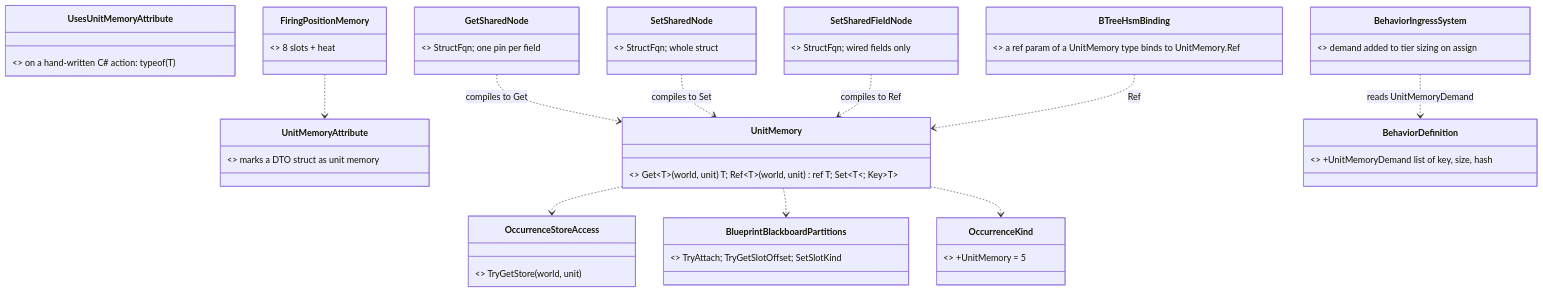
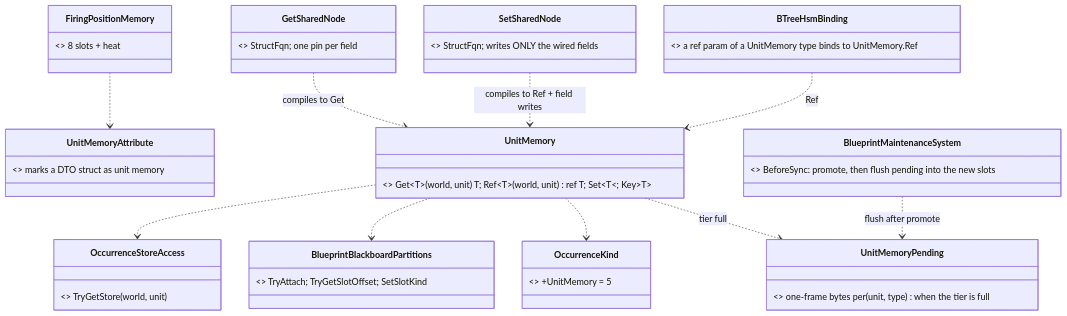
The first of 3 diagrams in docs/blueprints/Architect_Question_87_Unit_Memory.md (pjanec/HROT), drawn with Mermaid before and after one commit. The commit also changed other lines of this file and 2 other files, not shown here.

First line of the commit message:
CE-3137 design: Q87 revised — fully lazy unit memory, two blueprint nodes, why a tier cannot change mid-tick

````diff
--- a/docs/blueprints/Architect_Question_87_Unit_Memory.md
+++ b/docs/blueprints/Architect_Question_87_Unit_Memory.md
@@ -70,25 +77,23 @@
 ```mermaid
 classDiagram
   class UnitMemoryAttribute { <<new, Fbt.Kernel>> marks a DTO struct as unit memory }
-  class UsesUnitMemoryAttribute { <<new, Fbt.Kernel>> on a hand-written C# action: typeof(T) }
   class UnitMemory { <<new, static>> Get~T~(world, unit) T; Ref~T~(world, unit) ref T; Set~T~; Key~T~ }
+  class UnitMemoryPending { <<new>> one-frame bytes per (unit, type) when the tier is full }
+  class BlueprintMaintenanceSystem { <<existing, grows>> BeforeSync: promote, then flush pending into the new slots }
   class OccurrenceKind { <<existing, grows>> +UnitMemory = 5 }
   class BlueprintBlackboardPartitions { <<existing>> TryAttach; TryGetSlotOffset; SetSlotKind }
   class OccurrenceStoreAccess { <<existing>> TryGetStore(world, unit) }
-  class BehaviorDefinition { <<existing, grows>> +UnitMemoryDemand list of key, size, hash }
-  class BehaviorIngressSystem { <<existing, grows>> demand added to tier sizing on assign }
   class GetSharedNode { <<new blueprint node>> StructFqn; one pin per field }
-  class SetSharedNode { <<new blueprint node>> StructFqn; whole struct }
-  class SetSharedFieldNode { <<new blueprint node>> StructFqn; wired fields only }
+  class SetSharedNode { <<new blueprint node>> StructFqn; writes ONLY the wired fields }
   class BTreeHsmBinding { <<existing emitters, grow>> a ref param of a UnitMemory type binds to UnitMemory.Ref }
   class FiringPositionMemory { <<first unit memory>> 8 slots + heat }
   UnitMemory ..> OccurrenceStoreAccess
   UnitMemory ..> BlueprintBlackboardPartitions
   UnitMemory ..> OccurrenceKind
   GetSharedNode ..> UnitMemory : compiles to Get
-  SetSharedNode ..> UnitMemory : compiles to Set
-  SetSharedFieldNode ..> UnitMemory : compiles to Ref
+  SetSharedNode ..> UnitMemory : compiles to Ref + field writes
+  UnitMemory ..> UnitMemoryPending : tier full
+  BlueprintMaintenanceSystem ..> UnitMemoryPending : flush after promote
   BTreeHsmBinding ..> UnitMemory : Ref
-  BehaviorIngressSystem ..> BehaviorDefinition : reads UnitMemoryDemand
   FiringPositionMemory ..> UnitMemoryAttribute
 ```
````
